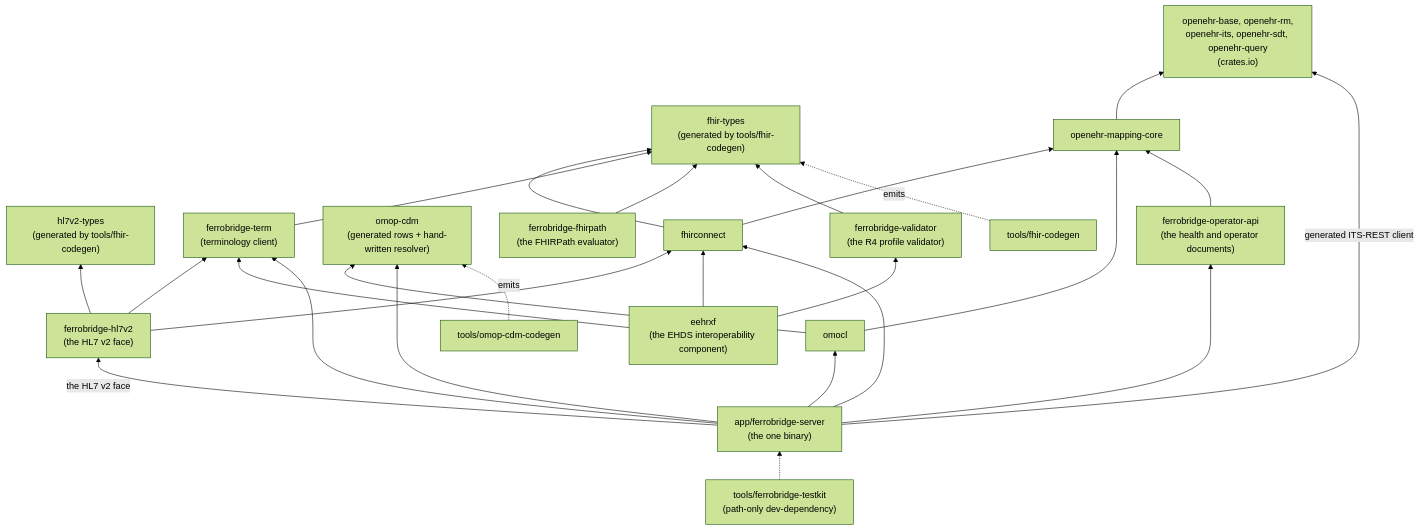
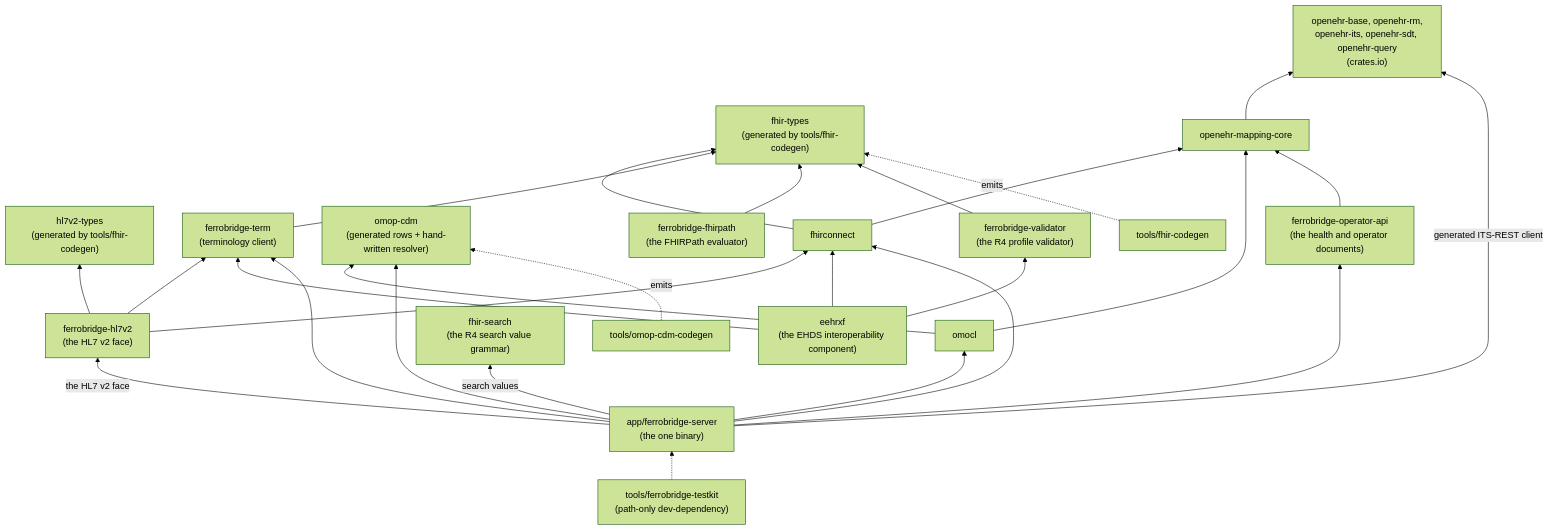
Before and after one commit to FerroHEALTH/FerroBRIDGE: the eighth of 10 diagrams in docs/architecture.md, drawn with Mermaid (forest theme). The commit also changed other lines of this file and 38 other files, not shown here.

First line of the commit message:
feat(fhir-search): one FHIR R4 search value grammar for the family (#1718)

````diff
--- a/docs/architecture.md
+++ b/docs/architecture.md
@@ -2153,32 +2154,34 @@
 ```mermaid
 flowchart BT
     FT["fhir-types<br/>(generated by tools/fhir-codegen)"]
     HV["hl7v2-types<br/>(generated by tools/fhir-codegen)"]
     OE["openehr-base, openehr-rm,<br/>openehr-its, openehr-sdt, openehr-query<br/>(crates.io)"]
     MC["openehr-mapping-core"] --> OE
     FC["fhirconnect"] --> MC
     FC --> FT
     OM["omocl"] --> MC
     OC["omop-cdm<br/>(generated rows + hand-written resolver)"]
     OM --> OC
     TC["ferrobridge-term<br/>(terminology client)"] --> FT
     HL["ferrobridge-hl7v2<br/>(the HL7 v2 face)"] --> HV
     HL --> FC
     HL --> TC
     FP["ferrobridge-fhirpath<br/>(the FHIRPath evaluator)"] --> FT
     VA["ferrobridge-validator<br/>(the R4 profile validator)"] --> FT
     EX["eehrxf<br/>(the EHDS interoperability component)"] --> FC
     EX --> VA
     EX --> TC
     OA["ferrobridge-operator-api<br/>(the health and operator documents)"] --> MC
+    FS["fhir-search<br/>(the R4 search value grammar)"]
     SV["app/ferrobridge-server<br/>(the one binary)"] --> FC
     SV --> OM
     SV --> OC
     SV -->|"generated ITS-REST client"| OE
     SV --> TC
     SV -->|"the HL7 v2 face"| HL
     SV --> OA
+    SV -->|"search values"| FS
     TK["tools/ferrobridge-testkit<br/>(path-only dev-dependency)"] -.-> SV
     CG["tools/fhir-codegen"] -.->|"emits"| FT
     OG["tools/omop-cdm-codegen"] -.->|"emits"| OC
 ```
````
